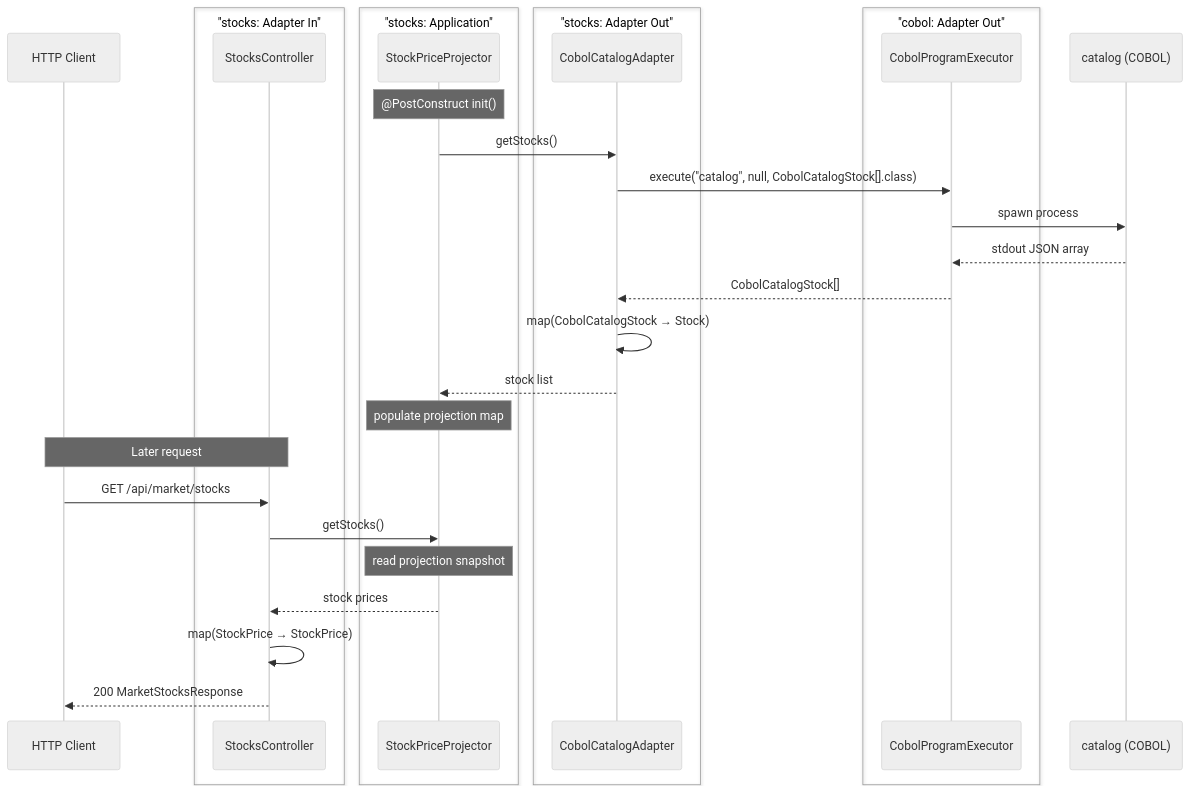
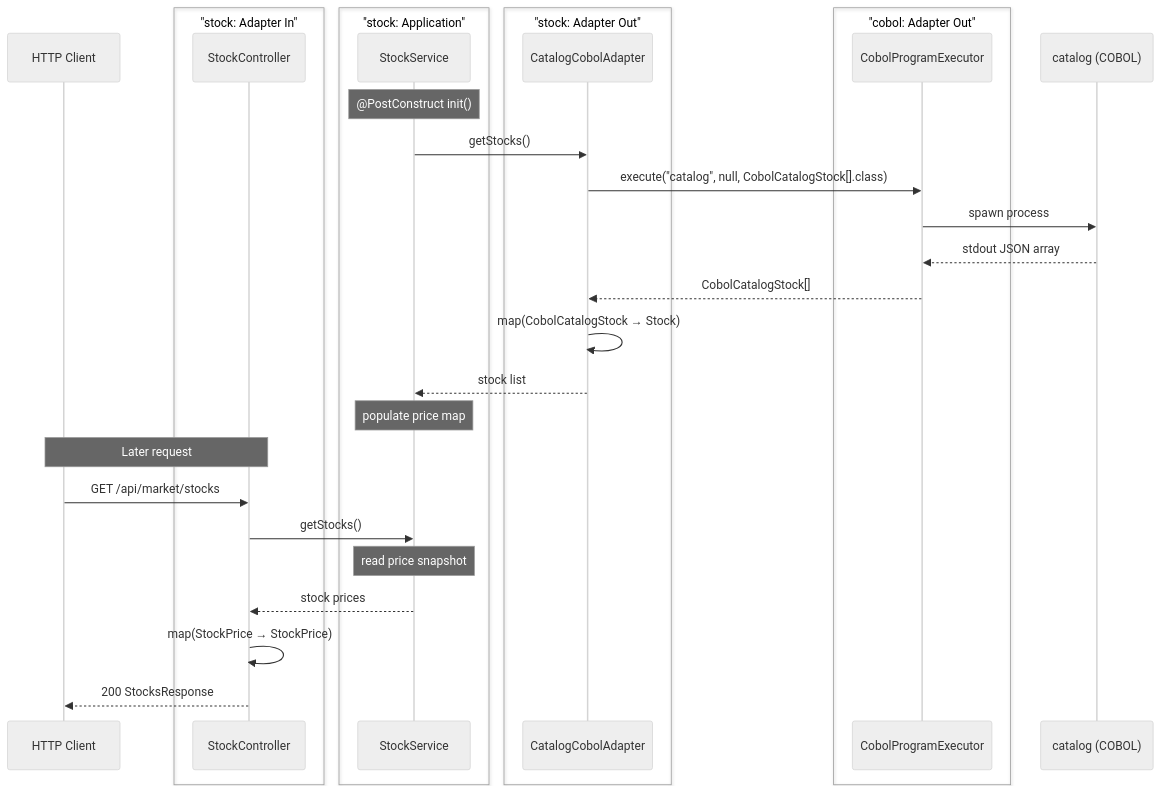
Before and after one commit to franBec/stonks-simulator: the fourth of 7 diagrams in stonks_java/README.md, drawn with Mermaid (neutral theme). The commit also changed other lines of this file and 86 other files, not shown here.

````diff
--- a/stonks_java/README.md
+++ b/stonks_java/README.md
@@ -118,35 +114,35 @@
 ```mermaid
 sequenceDiagram
     participant Client as HTTP Client
-    box "stocks: Adapter In"
-    participant SC as StocksController
+    box "stock: Adapter In"
+    participant SC as StockController
     end
-    box "stocks: Application"
-    participant SPP as StockPriceProjector
+    box "stock: Application"
+    participant SS as StockService
     end
-    box "stocks: Adapter Out"
-    participant CCA as CobolCatalogAdapter
+    box "stock: Adapter Out"
+    participant CCA as CatalogCobolAdapter
     end
     box "cobol: Adapter Out"
     participant CPE as CobolProgramExecutor
     end
     participant COBOL as catalog (COBOL)
 
-    Note over SPP: @PostConstruct init()
-    SPP->>CCA: getStocks()
+    Note over SS: @PostConstruct init()
+    SS->>CCA: getStocks()
     CCA->>CPE: execute("catalog", null, CobolCatalogStock[].class)
     CPE->>COBOL: spawn process
     COBOL-->>CPE: stdout JSON array
     CPE-->>CCA: CobolCatalogStock[]
     CCA->>CCA: map(CobolCatalogStock → Stock)
-    CCA-->>SPP: stock list
-    Note over SPP: populate projection map
+    CCA-->>SS: stock list
+    Note over SS: populate price map
 
     Note over Client,SC: Later request
     Client->>SC: GET /api/market/stocks
-    SC->>SPP: getStocks()
-    Note over SPP: read projection snapshot
-    SPP-->>SC: stock prices
+    SC->>SS: getStocks()
+    Note over SS: read price snapshot
+    SS-->>SC: stock prices
     SC->>SC: map(StockPrice → StockPrice)
-    SC-->>Client: 200 MarketStocksResponse
+    SC-->>Client: 200 StocksResponse
 ```
````
